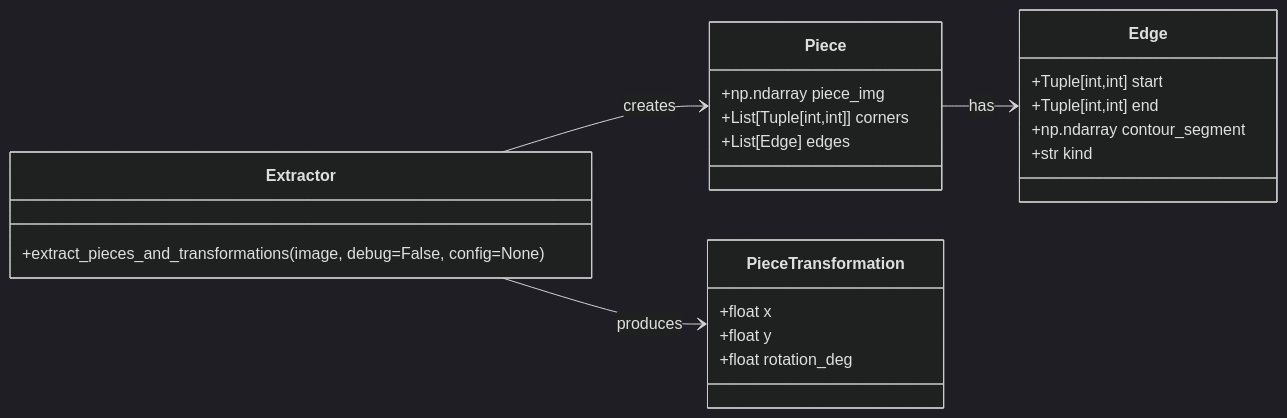
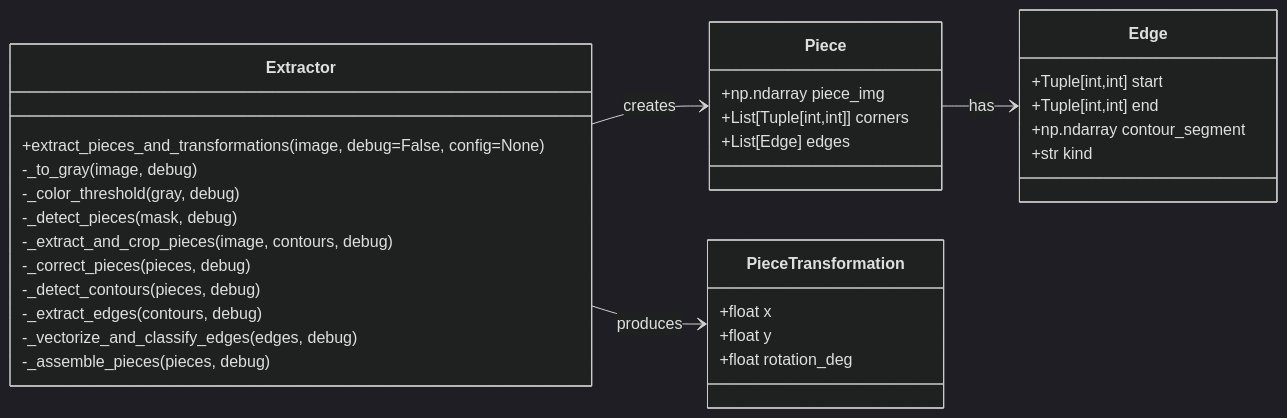
One commit to Mcapozzolo/PuzzleSimulator changed the first of 2 diagrams in API_SPEC_EXTRACTOR.md. Above: the diagram before and after it, drawn with Mermaid (dark theme). The commit also changed other lines of this file, not shown here.

````diff
--- a/API_SPEC_EXTRACTOR.md
+++ b/API_SPEC_EXTRACTOR.md
@@ -65,27 +111,40 @@
 ```mermaid
 classDiagram
     direction LR
+
     class Piece {
         +np.ndarray piece_img
         +List[Tuple[int,int]] corners
         +List[Edge] edges
     }
+
     class Edge {
         +Tuple[int,int] start
         +Tuple[int,int] end
         +np.ndarray contour_segment
         +str kind
     }
+
     class PieceTransformation {
         +float x
         +float y
         +float rotation_deg
     }
+
     class Extractor {
         +extract_pieces_and_transformations(image, debug=False, config=None)
+        -_to_gray(image, debug)
+        -_color_threshold(gray, debug)
+        -_detect_pieces(mask, debug)
+        -_extract_and_crop_pieces(image, contours, debug)
+        -_correct_pieces(pieces, debug)
+        -_detect_contours(pieces, debug)
+        -_extract_edges(contours, debug)
+        -_vectorize_and_classify_edges(edges, debug)
+        -_assemble_pieces(pieces, debug)
     }
 
     Extractor --> Piece : creates
     Piece --> Edge : has
     Extractor --> PieceTransformation : produces
 ```
````
